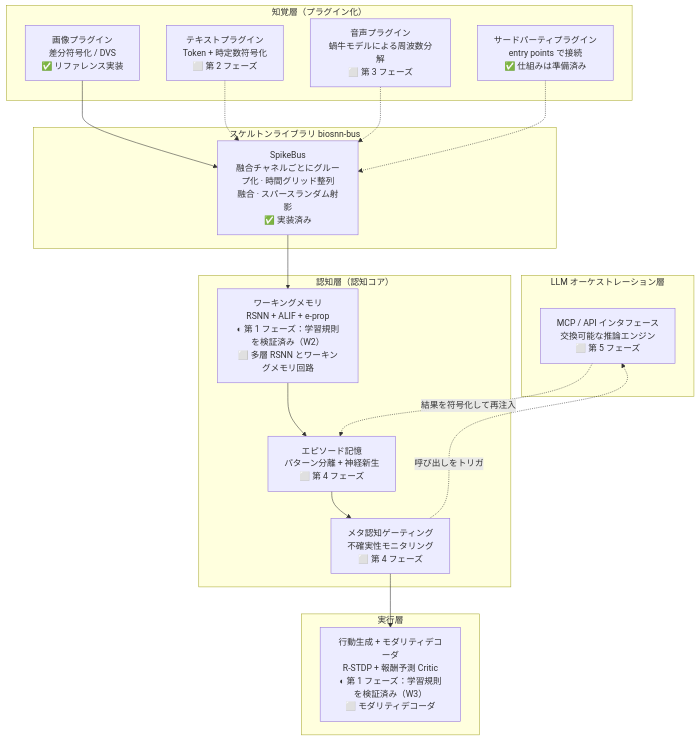
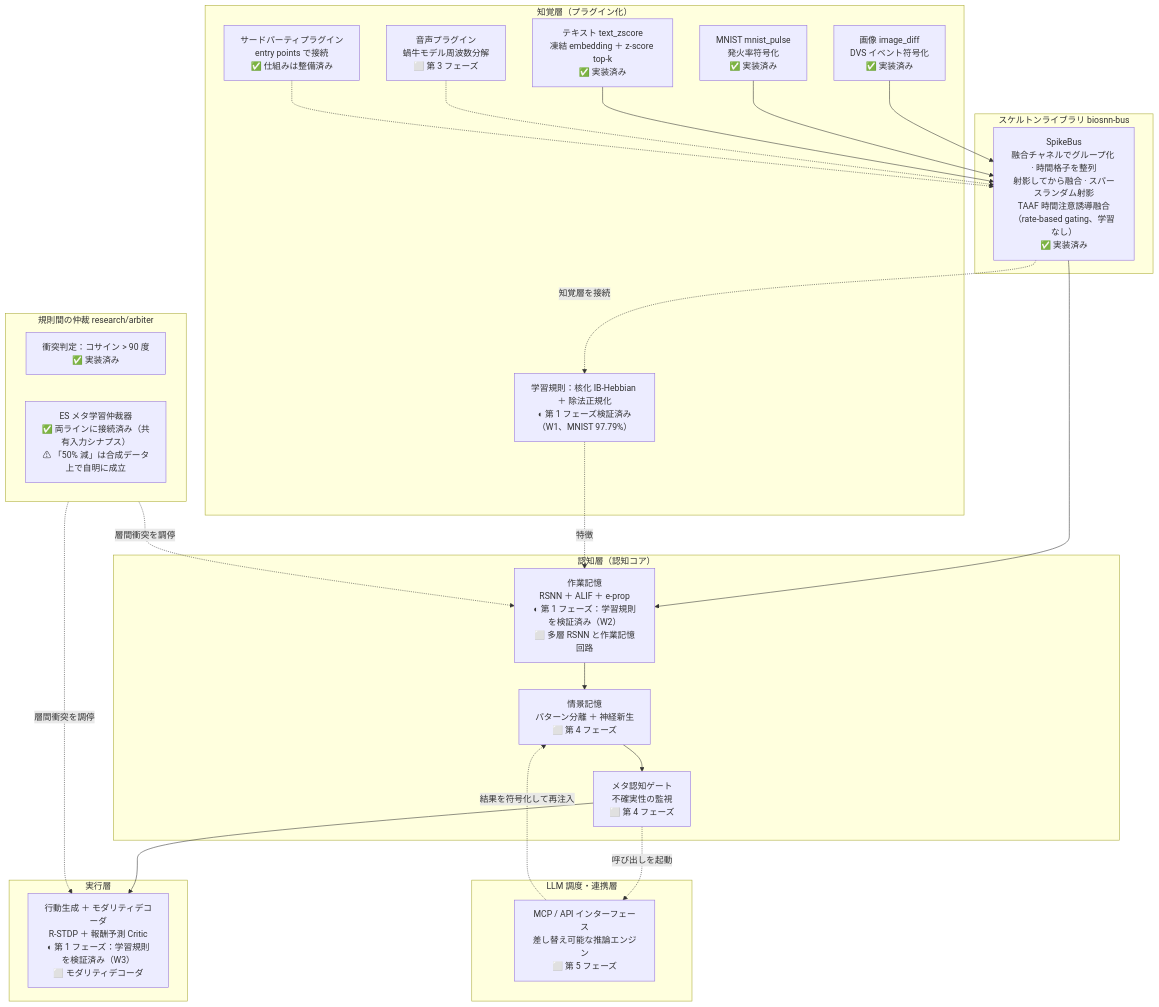
The diagram in README.ja.md (lzmd-arch/BioSNN-Plug), drawn with Mermaid before and after one commit. The commit also changed other lines of this file and 4 other files, not shown here.

First line of the commit message:
架构图同步到实况；补上 en/ja 台账里漏掉的 Javis 登记

````diff
--- a/README.ja.md
+++ b/README.ja.md
@@ -90,39 +90,50 @@
 ```mermaid
 flowchart TB
-    subgraph L5["LLM オーケストレーション層"]
-        MCP["MCP / API インタフェース<br/>交換可能な推論エンジン<br/>⬜ 第 5 フェーズ"]
+    subgraph L5["LLM 調度・連携層"]
+        MCP["MCP / API インターフェース<br/>差し替え可能な推論エンジン<br/>⬜ 第 5 フェーズ"]
     end
 
     subgraph L4["実行層"]
-        ACT["行動生成 + モダリティデコーダ<br/>R-STDP + 報酬予測 Critic<br/>◐ 第 1 フェーズ：学習規則を検証済み（W3）<br/>⬜ モダリティデコーダ"]
+        ACT["行動生成 ＋ モダリティデコーダ<br/>R-STDP ＋ 報酬予測 Critic<br/>◐ 第 1 フェーズ：学習規則を検証済み（W3）<br/>⬜ モダリティデコーダ"]
     end
 
     subgraph L3["認知層（認知コア）"]
-        WM["ワーキングメモリ<br/>RSNN + ALIF + e-prop<br/>◐ 第 1 フェーズ：学習規則を検証済み（W2）<br/>⬜ 多層 RSNN とワーキングメモリ回路"]
-        EM["エピソード記憶<br/>パターン分離 + 神経新生<br/>⬜ 第 4 フェーズ"]
-        MG["メタ認知ゲーティング<br/>不確実性モニタリング<br/>⬜ 第 4 フェーズ"]
+        WM["作業記憶<br/>RSNN ＋ ALIF ＋ e-prop<br/>◐ 第 1 フェーズ：学習規則を検証済み（W2）<br/>⬜ 多層 RSNN と作業記憶回路"]
+        EM["情景記憶<br/>パターン分離 ＋ 神経新生<br/>⬜ 第 4 フェーズ"]
+        MG["メタ認知ゲート<br/>不確実性の監視<br/>⬜ 第 4 フェーズ"]
+    end
+
+    subgraph ARB["規則間の仲裁 research/arbiter"]
+        CF["衝突判定：コサイン > 90 度<br/>✅ 実装済み"]
+        ES["ES メタ学習仲裁器<br/>✅ 両ラインに接続済み（共有入力シナプス）<br/>⚠ 「50% 減」は合成データ上で自明に成立"]
     end
 
     subgraph L2["スケルトンライブラリ biosnn-bus"]
-        BUS["SpikeBus<br/>融合チャネルごとにグループ化 · 時間グリッド整列<br/>融合 · スパースランダム射影<br/>✅ 実装済み"]
+        BUS["SpikeBus<br/>融合チャネルでグループ化 · 時間格子を整列<br/>射影してから融合 · スパースランダム射影<br/>TAAF 時間注意誘導融合（rate-based gating、学習なし）<br/>✅ 実装済み"]
     end
 
     subgraph L1["知覚層（プラグイン化）"]
-        IMG["画像プラグイン<br/>差分符号化 / DVS<br/>✅ リファレンス実装"]
-        TXT["テキストプラグイン<br/>Token + 時定数符号化<br/>⬜ 第 2 フェーズ"]
-        AUD["音声プラグイン<br/>蝸牛モデルによる周波数分解<br/>⬜ 第 3 フェーズ"]
-        THIRD["サードパーティプラグイン<br/>entry points で接続<br/>✅ 仕組みは準備済み"]
+        IMG["画像 image_diff<br/>DVS イベント符号化<br/>✅ 実装済み"]
+        MN["MNIST mnist_pulse<br/>発火率符号化<br/>✅ 実装済み"]
+        TXT["テキスト text_zscore<br/>凍結 embedding ＋ z-score top-k<br/>✅ 実装済み"]
+        AUD["音声プラグイン<br/>蝸牛モデル周波数分解<br/>⬜ 第 3 フェーズ"]
+        THIRD["サードパーティプラグイン<br/>entry points で接続<br/>✅ 仕組みは整備済み"]
+        HEB["学習規則：核化 IB-Hebbian ＋ 除法正規化<br/>◐ 第 1 フェーズ検証済み（W1、MNIST 97.79%）"]
     end
 
     IMG --> BUS
-    TXT -.-> BUS
+    MN --> BUS
+    TXT --> BUS
     AUD -.-> BUS
     THIRD -.-> BUS
-
     BUS --> WM
+    BUS -.->|知覚層を接続| HEB
+    HEB -.->|特徴| WM
     WM --> EM
     EM --> MG
     MG --> ACT
-    MG -.->|呼び出しをトリガ| MCP
+    MG -.->|呼び出しを起動| MCP
     MCP -.->|結果を符号化して再注入| EM
+    ARB -.->|層間衝突を調停| WM
+    ARB -.->|層間衝突を調停| ACT
 ```
````
